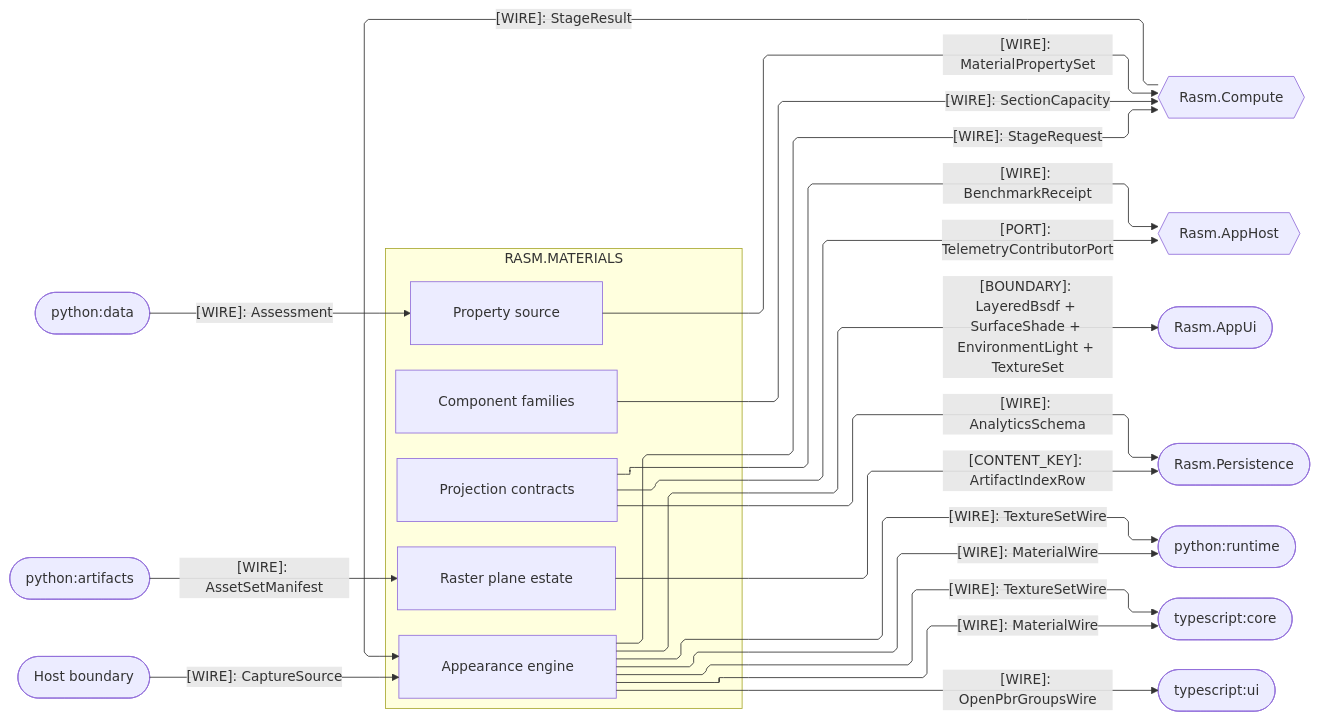
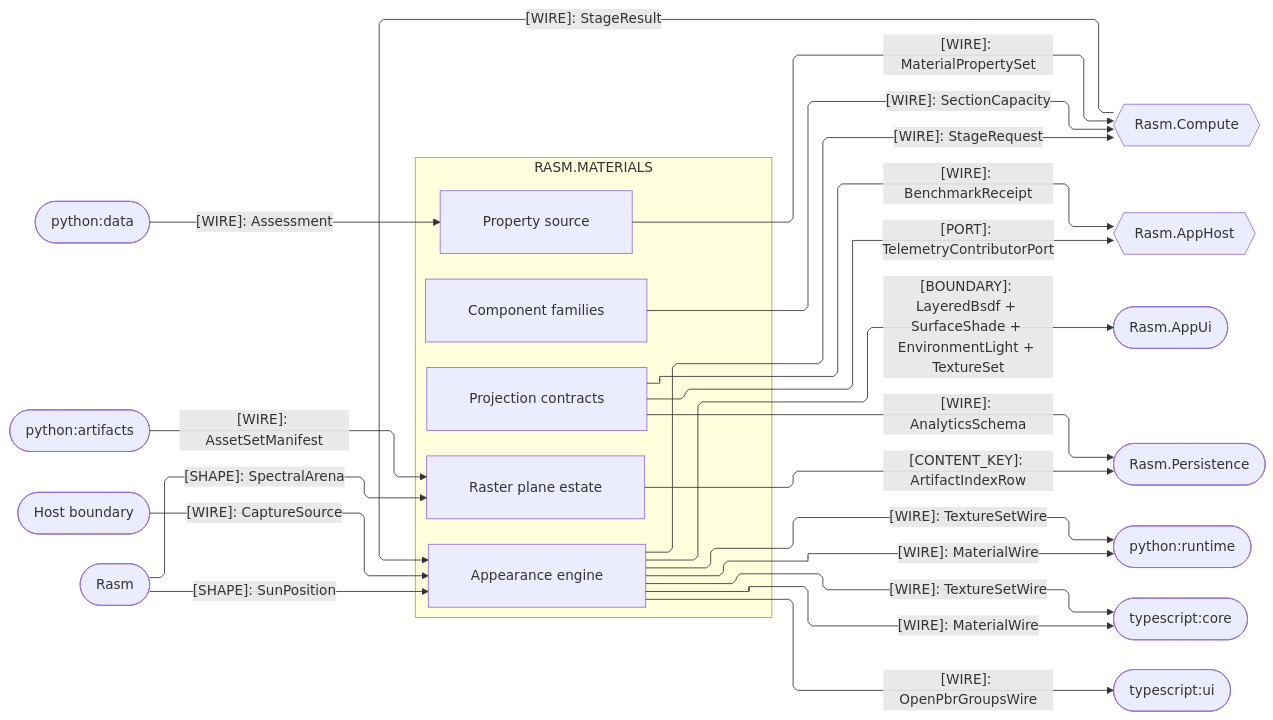
One commit to bsamiee/Rasm changed the third of 3 diagrams in libs/csharp/Rasm.Materials/ARCHITECTURE.md. Above: the diagram before and after it, drawn with Mermaid. The commit also changed 138 other files, not shown here.

````diff
--- a/libs/csharp/Rasm.Materials/ARCHITECTURE.md
+++ b/libs/csharp/Rasm.Materials/ARCHITECTURE.md
@@ -146,46 +146,49 @@
 ```mermaid
 ---
 config:
   layout: elk
   flowchart:
     curve: linear
     padding: 25
 ---
 flowchart LR
     accTitle: Materials platform, compute, and cross-runtime seams
-    accDescr: Materials sub-domain owners exchanging capacity, property, appearance, capture, telemetry, benchmark, and analytics wires plus artifact content keys with compute, the app host spine, the persistence store plane, the render host, the Python data peer, and the TypeScript core and viewer peers, one edge per contract family labeled by kind.
+    accDescr: Materials sub-domain owners exchanging capacity, property, appearance, capture, telemetry, benchmark, and analytics wires plus artifact content keys with the kernel almanac, compute, the app host spine, the persistence store plane, the render host, the Python data peer, and the TypeScript core and viewer peers, one edge per contract family labeled by kind.
     subgraph materials[RASM.MATERIALS]
         Component[Component families]
         Properties[Property source]
         Appearance[Appearance engine]
         Raster[Raster plane estate]
         Projection[Projection contracts]
     end
     Compute{{Rasm.Compute}}
     AppHost{{Rasm.AppHost}}
     AppUi([Rasm.AppUi])
     Persistence([Rasm.Persistence])
     DataPeer([python:data])
     PyArtifacts([python:artifacts])
     PyRuntime([python:runtime])
     Core([typescript:core])
     Ui([typescript:ui])
     Host([Host boundary])
+    Rasm([Rasm])
+    Rasm e18@-->|"[SHAPE]: SunPosition"| Appearance
+    Rasm e19@-->|"[SHAPE]: SpectralArena"| Raster
     Component e1@-->|"[WIRE]: SectionCapacity"| Compute
     Properties e2@-->|"[WIRE]: MaterialPropertySet"| Compute
     DataPeer e3@-->|"[WIRE]: Assessment"| Properties
     Appearance e11@-->|"[WIRE]: StageRequest"| Compute
     Compute e12@-->|"[WIRE]: StageResult"| Appearance
     Appearance e4@-->|"[BOUNDARY]: LayeredBsdf + SurfaceShade + EnvironmentLight + TextureSet"| AppUi
     Appearance e5@-->|"[WIRE]: MaterialWire"| Core
     Appearance e13@-->|"[WIRE]: MaterialWire"| PyRuntime
     Appearance e14@-->|"[WIRE]: TextureSetWire"| Core
     Appearance e15@-->|"[WIRE]: TextureSetWire"| PyRuntime
     Appearance e6@-->|"[WIRE]: OpenPbrGroupsWire"| Ui
     PyArtifacts e16@-->|"[WIRE]: AssetSetManifest"| Raster
     Host e7@-->|"[WIRE]: CaptureSource"| Appearance
     Projection e8@-->|"[PORT]: TelemetryContributorPort"| AppHost
     Projection e9@-->|"[WIRE]: BenchmarkReceipt"| AppHost
     Projection e10@-->|"[WIRE]: AnalyticsSchema"| Persistence
     Raster e17@-->|"[CONTENT_KEY]: ArtifactIndexRow"| Persistence
 ```
````
